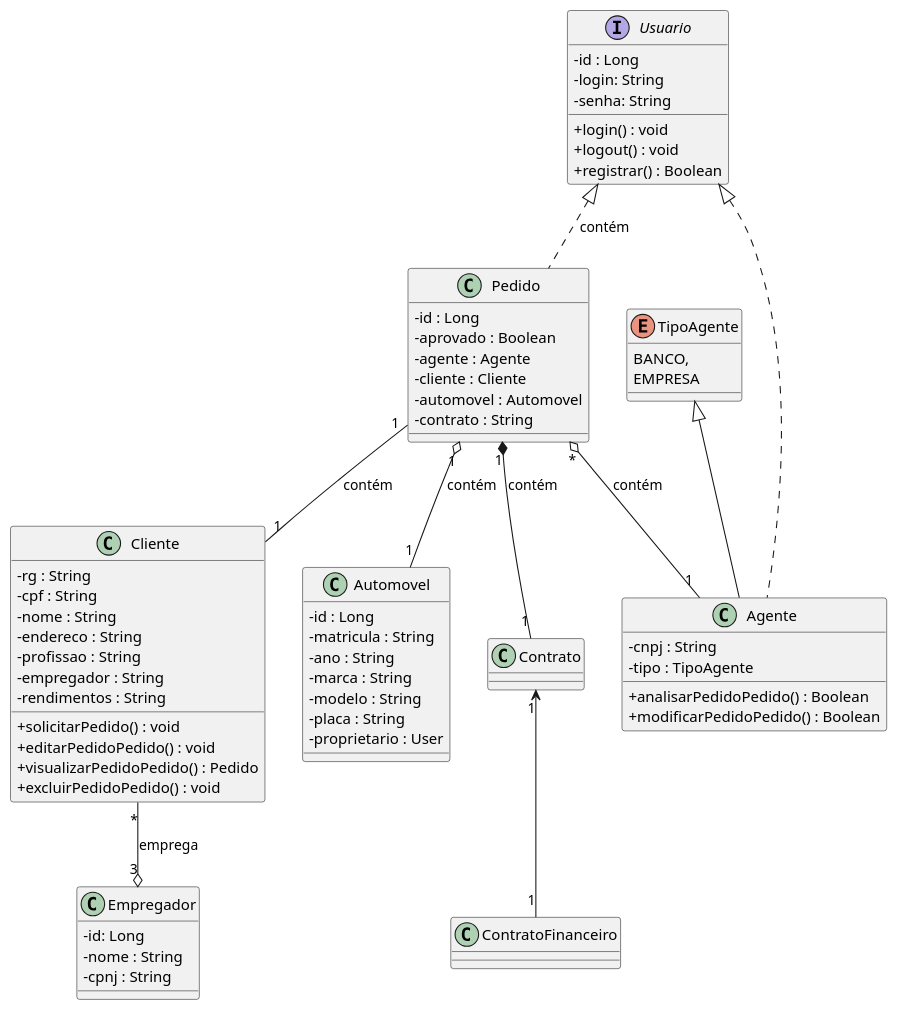
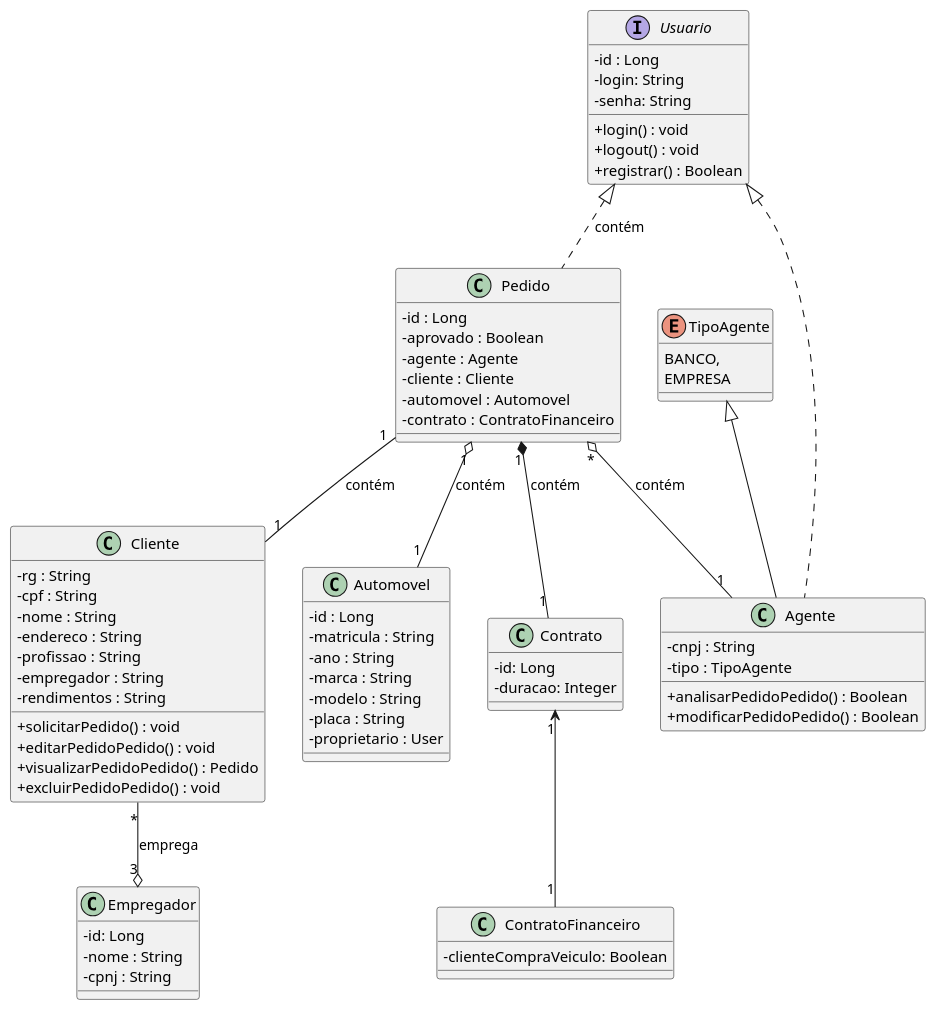
Before and after one commit to milenalara/sistema-de-aluguel-de-carros: the diagram in project/docs/DiagramaDeClasse.puml, drawn with PlantUML.

Commit message:
update DiagramaDeClasses

```diff
--- a/project/docs/DiagramaDeClasse.puml
+++ b/project/docs/DiagramaDeClasse.puml
@@ -1,73 +1,82 @@
 @startuml
 skinparam classAttributeIconSize 0
 
 Usuario <|.. Agente
 Usuario <|.. Pedido : contém
 Pedido "1" *-- "1" Contrato : contém
 Contrato "1" <-- "1" ContratoFinanceiro 
 Pedido "1" -- "1" Cliente : contém
 Pedido "1" o-- "1" Automovel : contém
 Pedido "*" o-- "1" Agente : contém
 Cliente "*" --o "3" Empregador : emprega
 TipoAgente <|-- Agente
 
 interface Usuario {
     -id : Long
     -login: String
     -senha: String
     +login() : void
     +logout() : void
     +registrar() : Boolean
 }
 
 class Cliente {
     -rg : String
     -cpf : String
     -nome : String
     -endereco : String
     -profissao : String
     -empregador : String
     -rendimentos : String
     +solicitarPedido() : void
     +editarPedidoPedido() : void
     +visualizarPedidoPedido() : Pedido
     +excluirPedidoPedido() : void
 }
 
 class Agente {
     -cnpj : String
     -tipo : TipoAgente
     +analisarPedidoPedido() : Boolean
     +modificarPedidoPedido() : Boolean
 }
 
 enum TipoAgente{
     BANCO,
     EMPRESA
 }
 
 class Empregador {
     -id: Long
     -nome : String
     -cpnj : String
 }
 
 class Pedido {
     -id : Long
     -aprovado : Boolean
     -agente : Agente
     -cliente : Cliente
     -automovel : Automovel
-    -contrato : String
+    -contrato : ContratoFinanceiro
 }
 
 class Automovel {
     -id : Long
     -matricula : String
     -ano : String
     -marca : String
     -modelo : String
     -placa : String
     -proprietario : User
 }
+
+class Contrato {
+    -id: Long
+    -duracao: Integer
+}
+
+class ContratoFinanceiro {
+    -clienteCompraVeiculo: Boolean
+}
 @enduml
```
